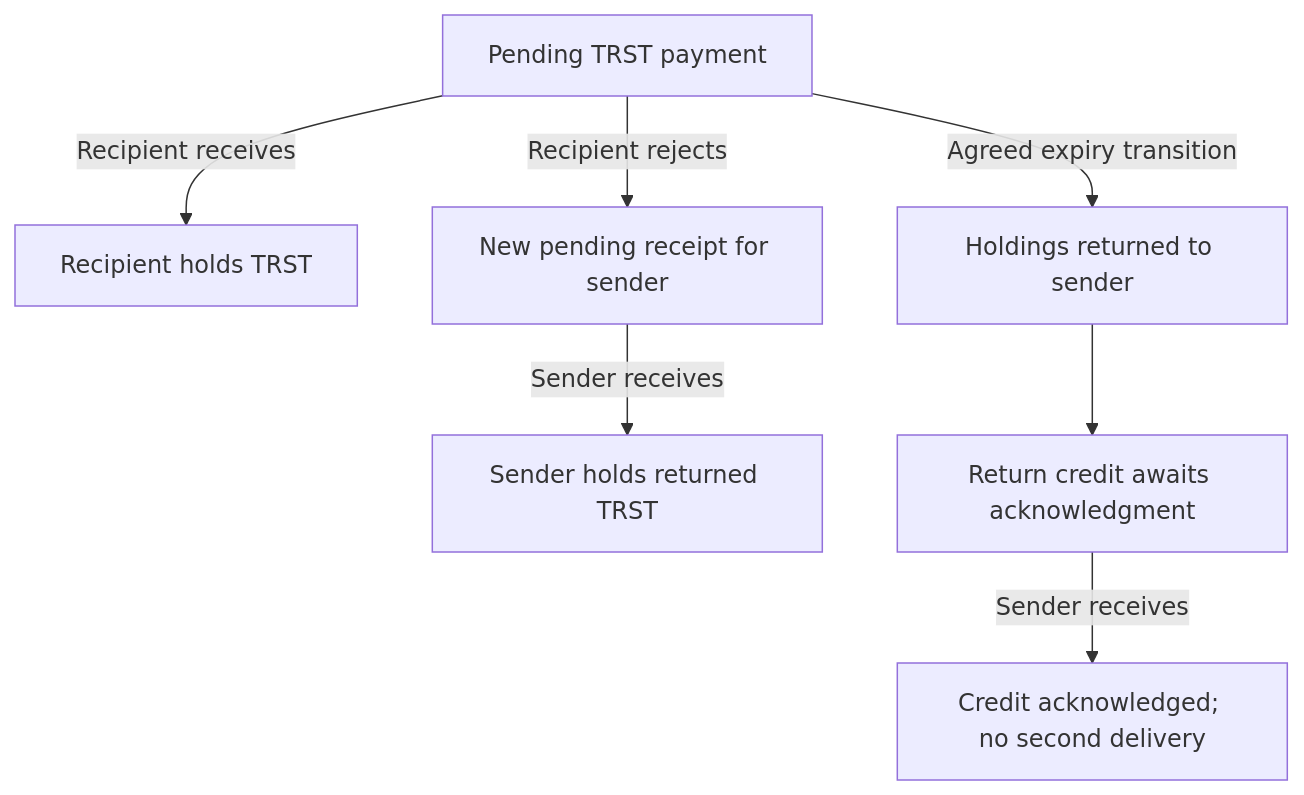
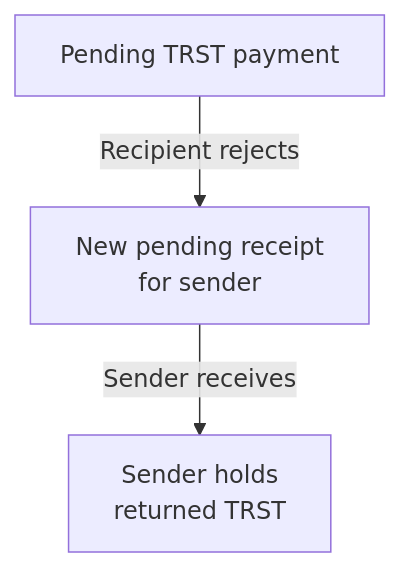
The second of 3 diagrams in docs/wallet/PAYMENTS.md (BURST-UBI/protocol), drawn with Mermaid before and after one commit. The commit also changed other lines of this file and 19 other files, not shown here.

````diff
--- a/docs/wallet/PAYMENTS.md
+++ b/docs/wallet/PAYMENTS.md
@@ -25,9 +36,7 @@
 ```mermaid
 flowchart TD
-    P[Pending TRST payment] -->|Recipient receives| R[Recipient holds TRST]
-    P -->|Recipient rejects| S[New pending receipt for sender]
-    S -->|Sender receives| H[Sender holds returned TRST]
-    P -->|Agreed expiry transition| E[Holdings returned to sender]
-    E --> C[Return credit awaits acknowledgment]
-    C -->|Sender receives| A[Credit acknowledged; no second delivery]
+    accTitle: Rejecting a pending payment
+    accDescr: An accepted rejection creates a new pending receipt for the sender. The sender must sign a receive to claim the returned TRST.
+    P[Pending TRST payment] -->|Recipient rejects| S["New pending receipt<br/>for sender"]
+    S -->|Sender receives| H["Sender holds<br/>returned TRST"]
 ```
````
